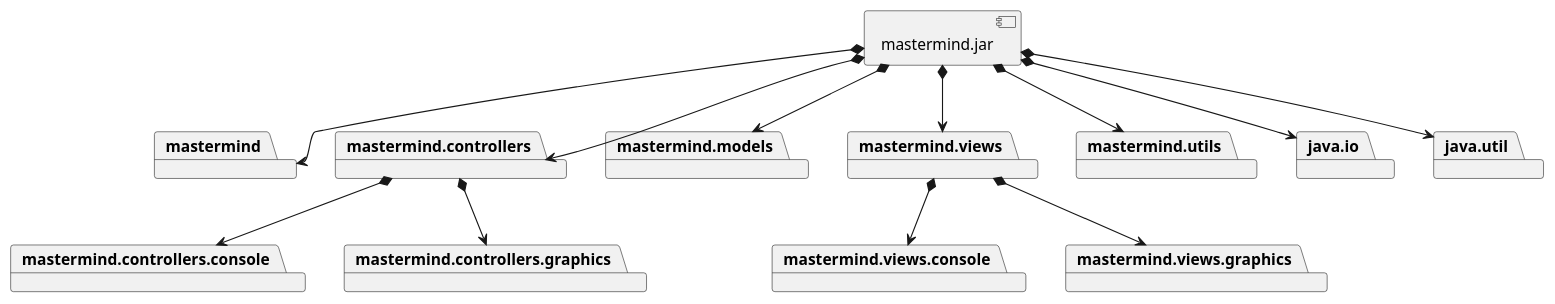
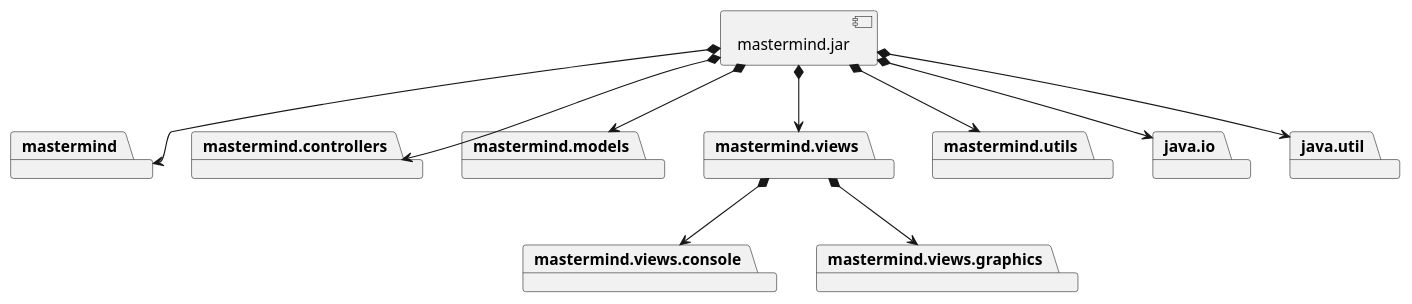
One commit to amartinm82/mastermind changed the second of 3 diagrams in docs/src/docs/asciidoc/index.adoc. Above: the diagram before and after it, drawn with PlantUML. The commit also changed other lines of this file and 33 other files, not shown here.

```diff
--- a/docs/src/docs/asciidoc/index.adoc
+++ b/docs/src/docs/asciidoc/index.adoc
@@ -678,40 +574,34 @@
 [plantuml,diagramaImplementacion,svg]
 ....
 
 package "  "  as mastermind {
 }
 package "  "  as mastermind.controllers {
-}
-package "  "  as mastermind.controllers.console {
-}
-package "  "  as mastermind.controllers.graphics {
 }
 package "  "  as mastermind.models {
 }
 package "  "  as mastermind.views {
 }
 package "  "  as mastermind.views.console {
 }
 package "  "  as mastermind.views.graphics {
 }
 package "  "  as mastermind.utils {
 }
 package "  "  as java.io {
 }
 package "  "  as java.util {
 }
 
 [mastermind.jar] as jar
 
 jar *--> mastermind
 jar *--> mastermind.controllers
-mastermind.controllers *--> mastermind.controllers.console
-mastermind.controllers *--> mastermind.controllers.graphics
 jar *--> mastermind.models
 jar *--> mastermind.views
 mastermind.views *--> mastermind.views.console
 mastermind.views *--> mastermind.views.graphics
 jar *--> mastermind.utils
 jar *--> java.io
 jar *--> java.util
 ....
```
